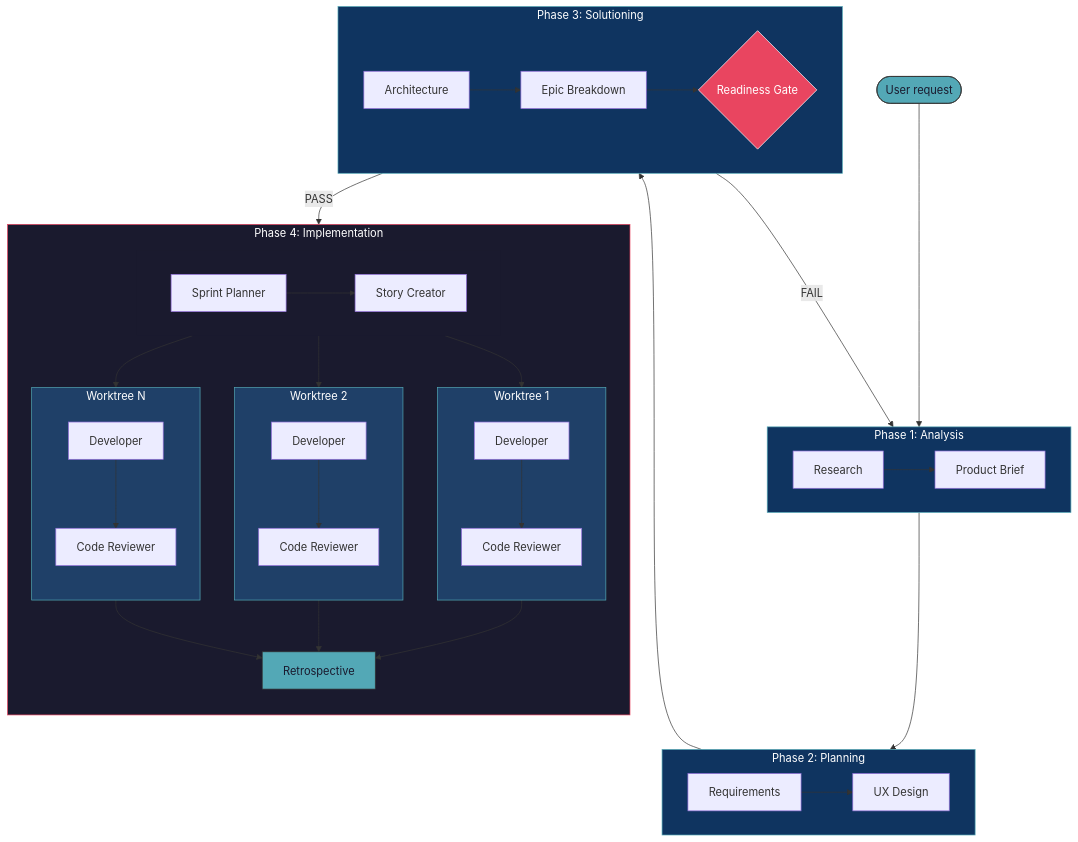
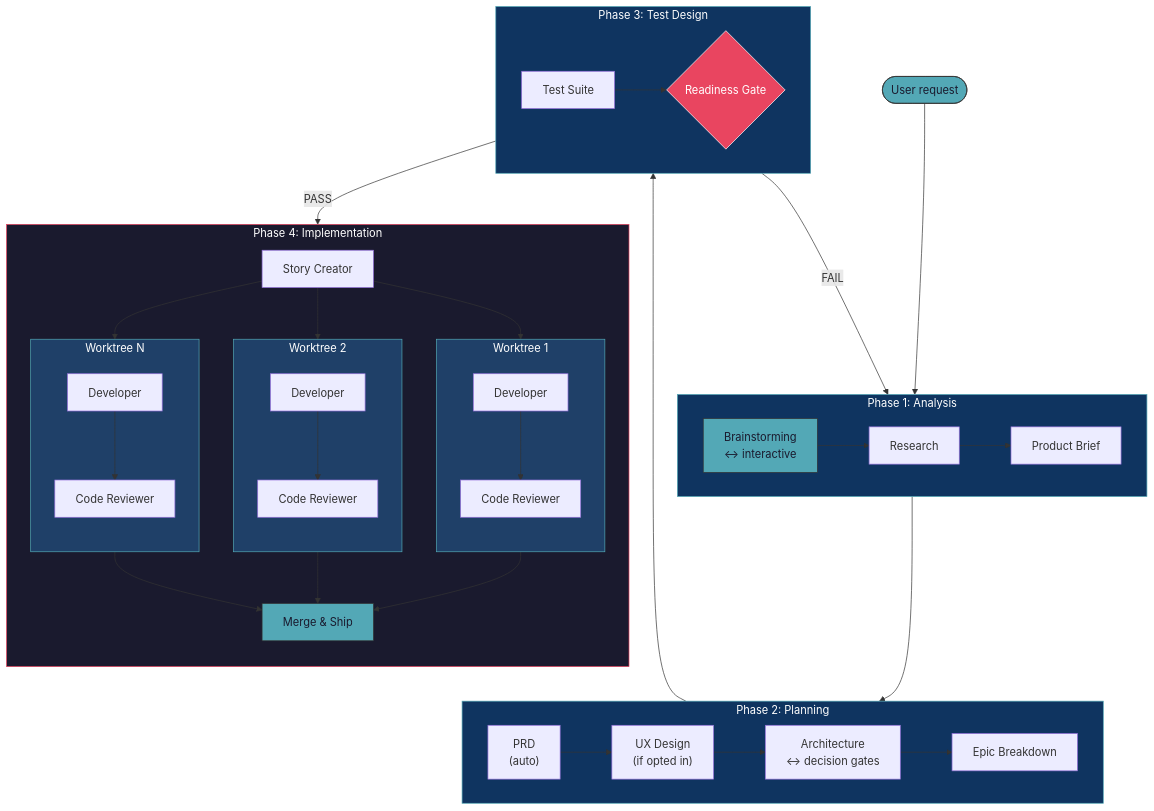
Before and after one commit to costa-marcello/CodeMAD: the second of 2 diagrams in project.md, drawn with Mermaid. The commit also changed other lines of this file, not shown here.

First line of the commit message:
docs: restructure workflow to merge BMAD and GSD methodologies

````diff
--- a/project.md
+++ b/project.md
@@ -520,66 +524,64 @@
 ```mermaid
 flowchart TB
-    START([User request]) --> A1
+    START([User request]) --> BRAIN
 
     subgraph P1["Phase 1: Analysis"]
         direction LR
-        A1[Research] --> A2[Product Brief]
+        BRAIN["Brainstorming\n↔ interactive"] --> RES[Research]
+        RES --> BRIEF[Product Brief]
     end
 
-    A2 --> B1
+    BRIEF --> PRD
 
     subgraph P2["Phase 2: Planning"]
         direction LR
-        B1[Requirements] --> B2[UX Design]
+        PRD["PRD\n(auto)"] --> UX["UX Design\n(if opted in)"]
+        UX --> ARCH["Architecture\n↔ decision gates"]
+        ARCH --> EPIC[Epic Breakdown]
     end
 
-    B2 --> C1
+    EPIC --> TEST
 
-    subgraph P3["Phase 3: Solutioning"]
+    subgraph P3["Phase 3: Test Design"]
         direction LR
-        C1[Architecture] --> C2[Epic Breakdown] --> C3{Readiness Gate}
+        TEST[Test Suite] --> GATE{Readiness Gate}
     end
 
-    C3 -->|FAIL| A1
-    C3 -->|PASS| P4PREP
+    GATE -->|FAIL| BRAIN
+    GATE -->|PASS| STORY
 
     subgraph P4["Phase 4: Implementation"]
         direction TB
 
-        subgraph P4SEQ[" "]
-            direction LR
-            P4PREP[Sprint Planner] --> P4STORY[Story Creator]
-        end
-
-        P4STORY --> D1 & D2 & DN
+        STORY[Story Creator] --> D1 & D2 & DN
 
         subgraph WT1["Worktree 1"]
             direction TB
             D1[Developer] --> R1[Code Reviewer]
         end
 
         subgraph WT2["Worktree 2"]
             direction TB
             D2[Developer] --> R2[Code Reviewer]
         end
 
         subgraph WTN["Worktree N"]
             direction TB
             DN[Developer] --> RN[Code Reviewer]
         end
 
-        R1 & R2 & RN --> RETRO[Retrospective]
+        R1 & R2 & RN --> SHIP[Merge & Ship]
     end
 
     style START fill:#53a8b6,stroke:#333,color:#1a1a2e
+    style BRAIN fill:#53a8b6,stroke:#333,color:#1a1a2e
     style P1 fill:#0f3460,stroke:#53a8b6,color:#fff
     style P2 fill:#0f3460,stroke:#53a8b6,color:#fff
     style P3 fill:#0f3460,stroke:#53a8b6,color:#fff
     style P4 fill:#1a1a2e,stroke:#e94560,color:#fff
-    style P4SEQ fill:#1a1a2e,stroke:none,color:#fff
     style WT1 fill:#1f4068,stroke:#53a8b6,color:#fff
     style WT2 fill:#1f4068,stroke:#53a8b6,color:#fff
     style WTN fill:#1f4068,stroke:#53a8b6,color:#fff
-    style C3 fill:#e94560,stroke:#fff,color:#fff
-    style RETRO fill:#53a8b6,stroke:#333,color:#1a1a2e
+    style GATE fill:#e94560,stroke:#fff,color:#fff
+    style SHIP fill:#53a8b6,stroke:#333,color:#1a1a2e
 ```
````
